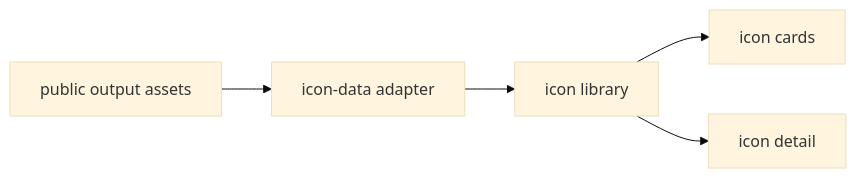
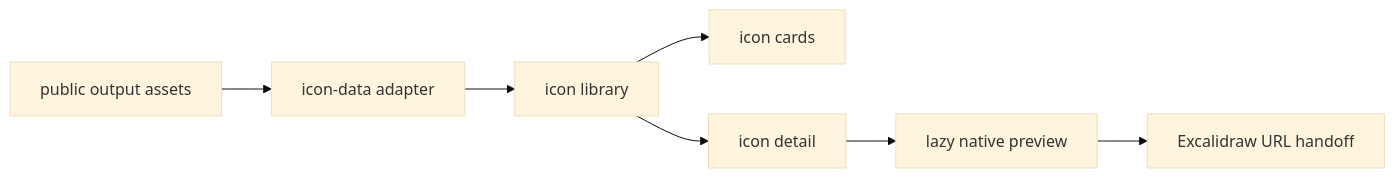
One commit to shpitdev/sketchi changed the diagram in apps/icons/README.md. Above: the diagram before and after it, drawn with Mermaid (base theme). The commit also changed other lines of this file and 41 other files, not shown here.

````diff
--- a/apps/icons/README.md
+++ b/apps/icons/README.md
@@ -5,7 +5,9 @@
 ```mermaid
 flowchart LR
   Output["public output assets"] --> Data["icon-data adapter"]
   Data --> Library["icon library"]
   Library --> Card["icon cards"]
   Library --> Detail["icon detail"]
+  Detail --> Native["lazy native preview"]
+  Native --> Workspace["Excalidraw URL handoff"]
 ```
````
